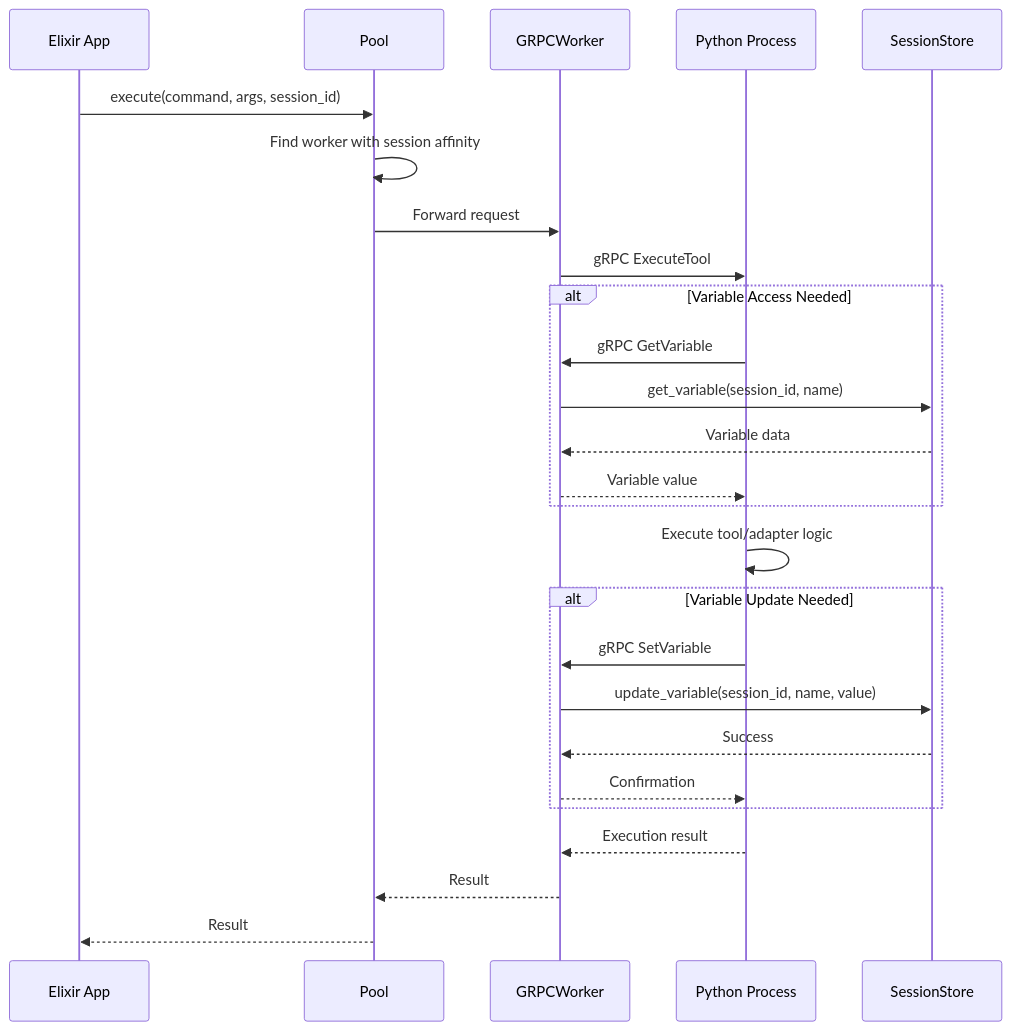
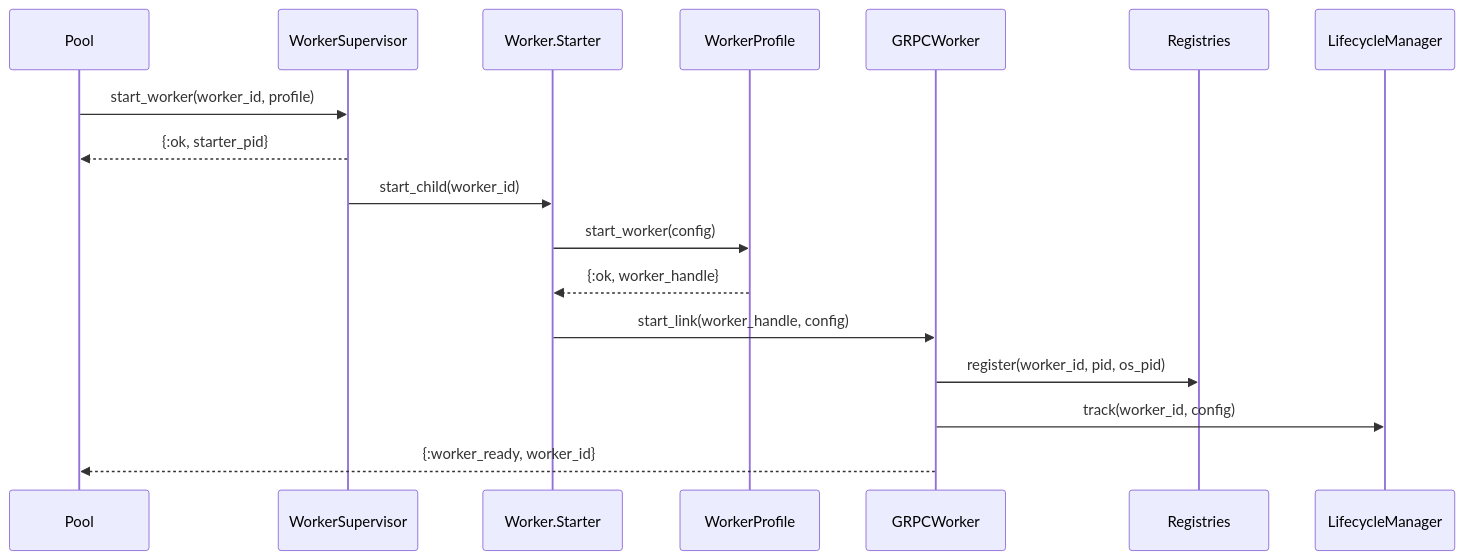
The fourth of 5 diagrams in DIAGS2.md (nshkrdotcom/snakepit), drawn with Mermaid before and after one commit. The commit also changed other lines of this file and 56 other files, not shown here.

````diff
--- a/DIAGS2.md
+++ b/DIAGS2.md
@@ -70,33 +146,20 @@
 ```mermaid
 sequenceDiagram
-    participant App as Elixir App
-    participant Pool
+    participant Pool as Pool
+    participant WorkerSup as WorkerSupervisor
+    participant Starter as Worker.Starter
+    participant Profile as WorkerProfile
     participant Worker as GRPCWorker
-    participant Python as Python Process
-    participant Store as SessionStore
-    
-    App->>Pool: execute(command, args, session_id)
-    Pool->>Pool: Find worker with session affinity
-    Pool->>Worker: Forward request
-    Worker->>Python: gRPC ExecuteTool
-    
-    alt Variable Access Needed
-        Python->>Worker: gRPC GetVariable
-        Worker->>Store: get_variable(session_id, name)
-        Store-->>Worker: Variable data
-        Worker-->>Python: Variable value
-    end
-    
-    Python->>Python: Execute tool/adapter logic
-    
-    alt Variable Update Needed
-        Python->>Worker: gRPC SetVariable
-        Worker->>Store: update_variable(session_id, name, value)
-        Store-->>Worker: Success
-        Worker-->>Python: Confirmation
-    end
-    
-    Python-->>Worker: Execution result
-    Worker-->>Pool: Result
-    Pool-->>App: Result
+    participant Registry as Registries
+    participant Lifecycle as LifecycleManager
+
+    Pool->>WorkerSup: start_worker(worker_id, profile)
+    WorkerSup-->>Pool: {:ok, starter_pid}
+    WorkerSup->>Starter: start_child(worker_id)
+    Starter->>Profile: start_worker(config)
+    Profile-->>Starter: {:ok, worker_handle}
+    Starter->>Worker: start_link(worker_handle, config)
+    Worker->>Registry: register(worker_id, pid, os_pid)
+    Worker->>Lifecycle: track(worker_id, config)
+    Worker-->>Pool: {:worker_ready, worker_id}
 ```
````
